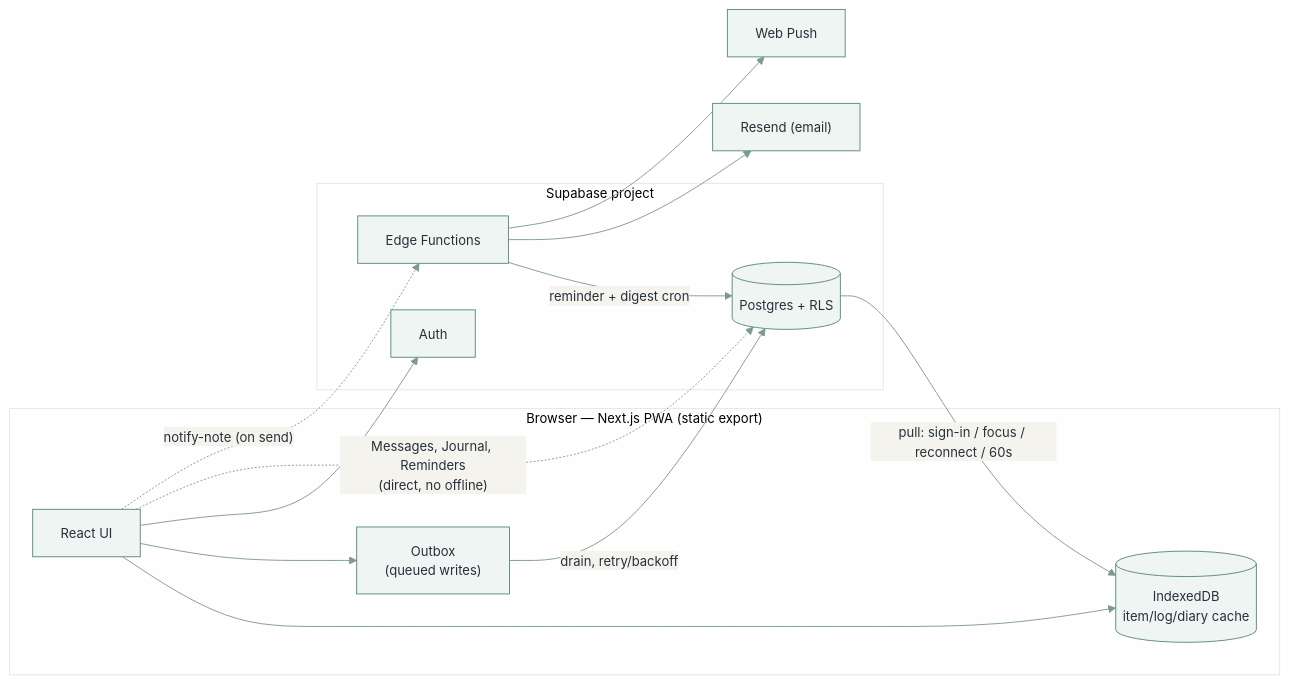
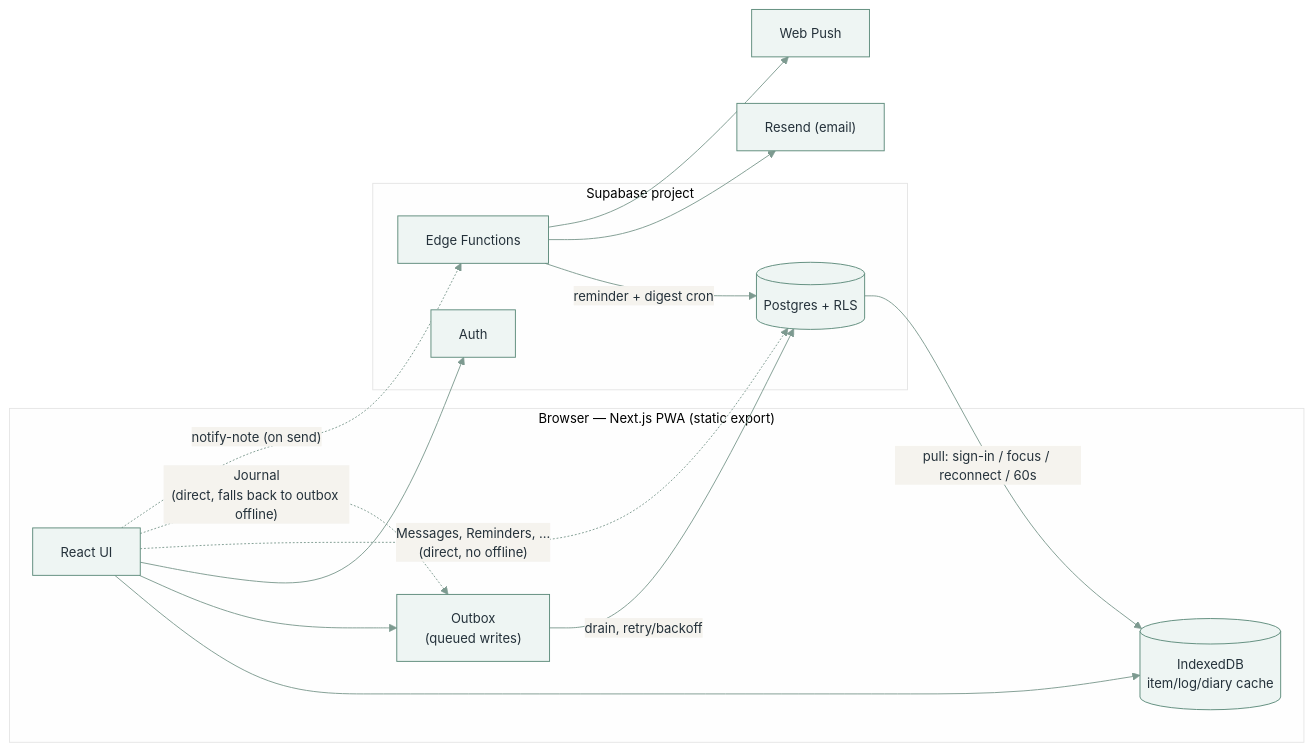
The diagram in README.md (xxvazquez/health-management), drawn with Mermaid before and after one commit. The commit also changed other lines of this file and 5 other files, not shown here.

First line of the commit message:
Give the Journal an offline fallback via the shared outbox

````diff
--- a/README.md
+++ b/README.md
@@ -103,28 +103,29 @@
 ```mermaid
 %%{init: {"theme": "base", "themeVariables": {
   "primaryColor": "#eef5f3", "primaryBorderColor": "#5c8a7a",
   "primaryTextColor": "#24313a", "lineColor": "#7d9a90",
   "fontFamily": "Inter, -apple-system, sans-serif", "fontSize": "14px"
 }}}%%
 flowchart LR
     subgraph browser["Browser — Next.js PWA (static export)"]
         ui["React UI"]
         idb[("IndexedDB<br/>item/log/diary cache")]
         outbox["Outbox<br/>(queued writes)"]
         ui --> idb
         ui --> outbox
     end
     subgraph supa["Supabase project"]
         pg[("Postgres + RLS")]
         auth["Auth"]
         ef["Edge Functions"]
     end
     outbox -->|"drain, retry/backoff"| pg
     pg -->|"pull: sign-in / focus / reconnect / 60s"| idb
     ui --> auth
-    ui -.->|"Messages, Journal, Reminders<br/>(direct, no offline)"| pg
+    ui -.->|"Messages, Reminders, …<br/>(direct, no offline)"| pg
+    ui -.->|"Journal<br/>(direct, falls back to outbox offline)"| outbox
     ui -.->|"notify-note (on send)"| ef
     ef -->|"reminder + digest cron"| pg
     ef --> resend["Resend (email)"]
     ef --> push["Web Push"]
 ```
````
